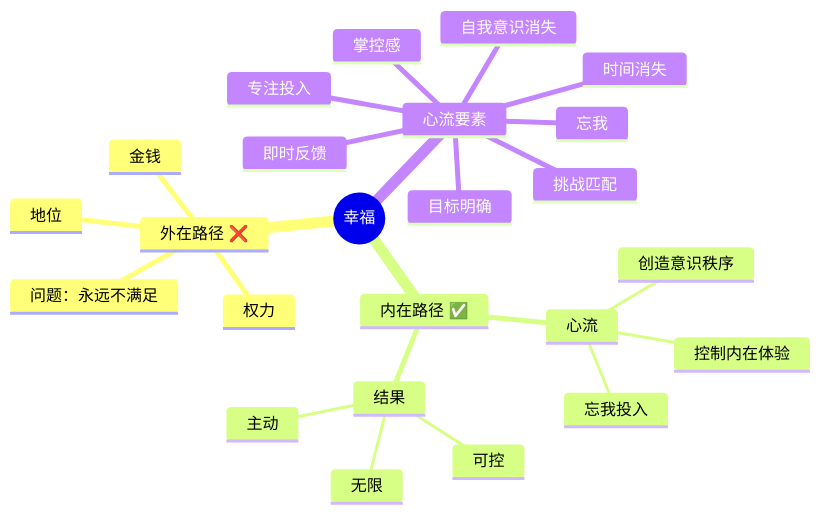
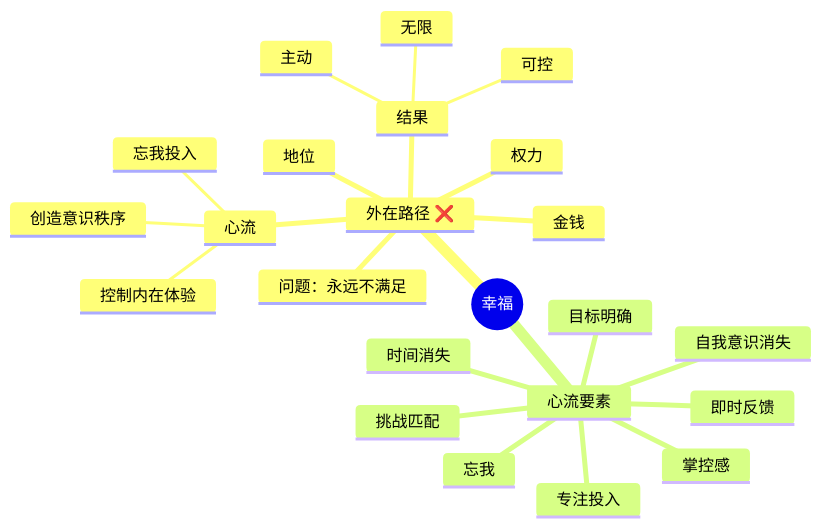
Before and after one commit to ql-wade/buffett-knowledge-base: the first of 2 diagrams in content/psychology/心流-章节拆解/第1章-幸福的新解.md, drawn with Mermaid. The commit also changed 77 other files, not shown here.

````diff
--- a/content/psychology/心流-章节拆解/第1章-幸福的新解.md
+++ b/content/psychology/心流-章节拆解/第1章-幸福的新解.md
@@ -229,27 +229,26 @@
 ```mermaid
 mindmap
   root((幸福))
     外在路径 ❌
       金钱
       权力
       地位
       问题：永远不满足
-    内在路径 ✅
       心流
         控制内在体验
         创造意识秩序
         忘我投入
       结果
         主动
         可控
         无限
     心流要素
       挑战匹配
       目标明确
       即时反馈
       专注投入
       掌控感
       忘我
       时间消失
       自我意识消失
 ```
````
